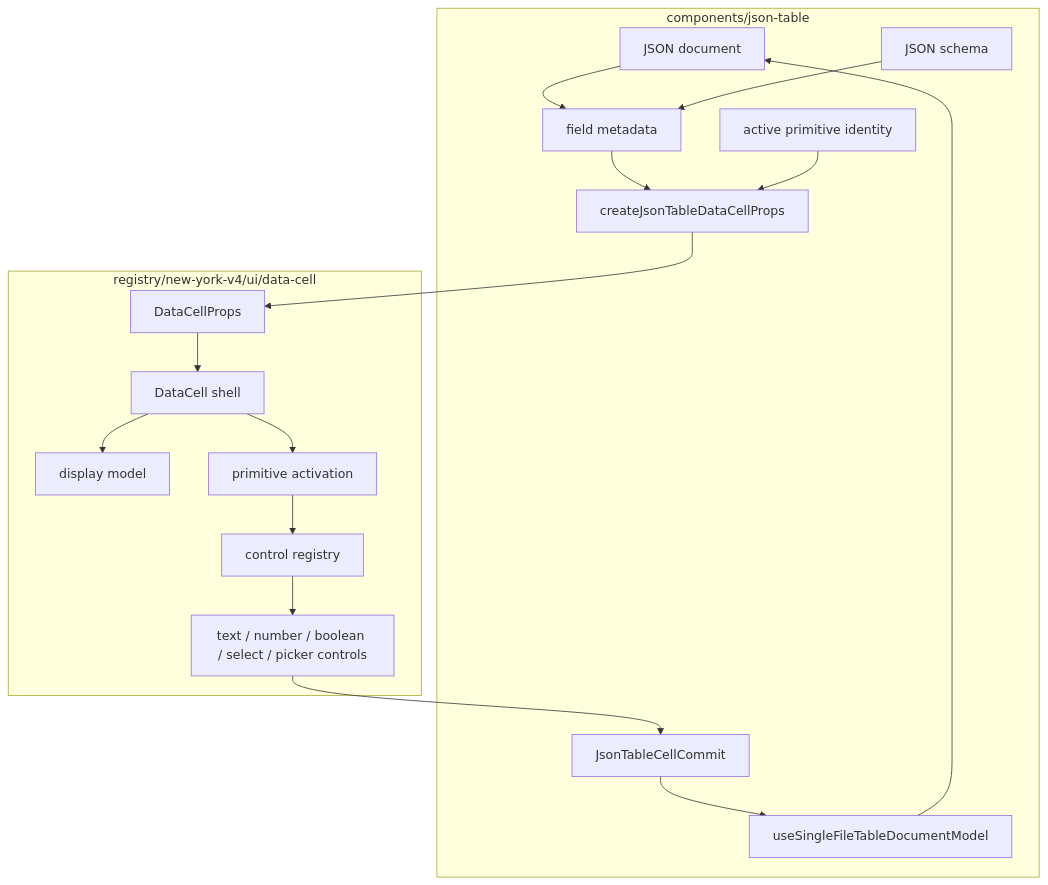
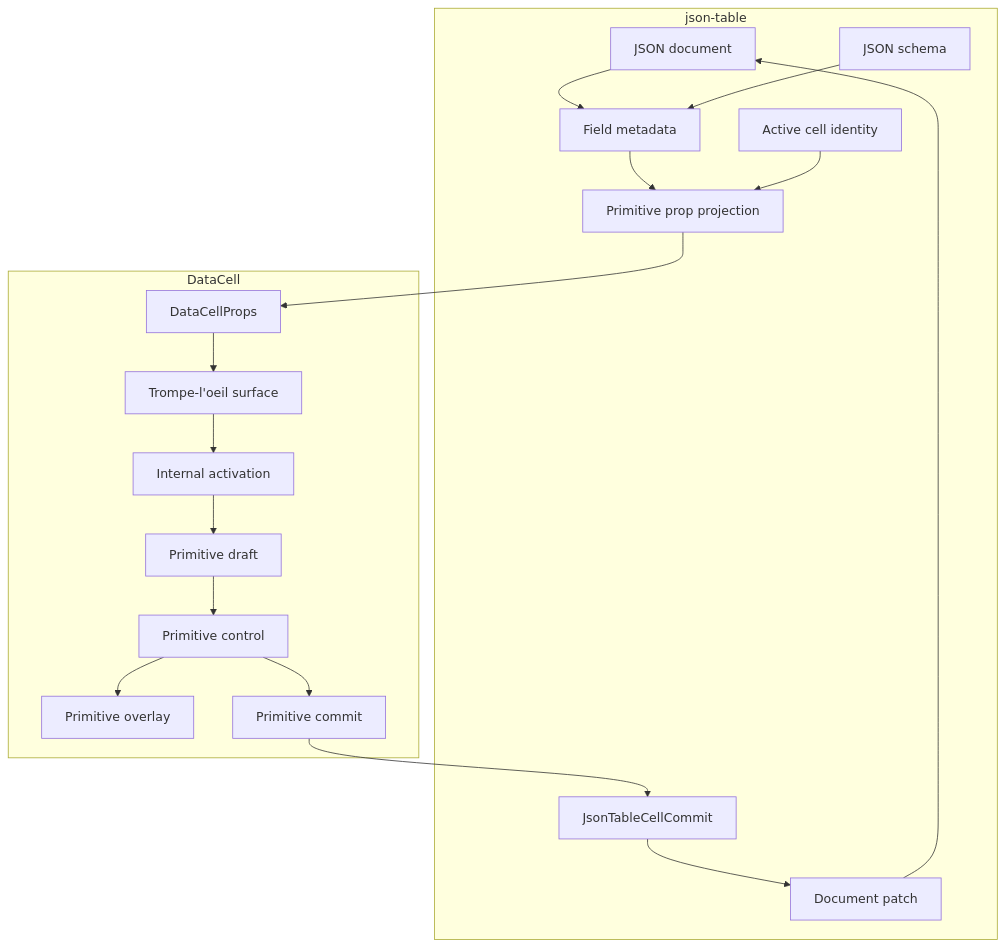
One commit to retab-dev/retab-ui changed the first of 2 diagrams in design/data-cell-json-table-total-primitive-boundary-blueprint.md. Above: the diagram before and after it, drawn with Mermaid. The commit also changed other lines of this file and 277 other files, not shown here.

````diff
--- a/design/data-cell-json-table-total-primitive-boundary-blueprint.md
+++ b/design/data-cell-json-table-total-primitive-boundary-blueprint.md
@@ -78,35 +96,37 @@
 ```mermaid
 flowchart TD
-  subgraph Table["components/json-table"]
+  subgraph Table["json-table"]
     Document["JSON document"]
     Schema["JSON schema"]
-    Metadata["field metadata"]
-    Projection["createJsonTableDataCellProps"]
-    ActiveIdentity["active primitive identity"]
-    Commit["JsonTableCellCommit"]
-    DocumentModel["useSingleFileTableDocumentModel"]
+    Metadata["Field metadata"]
+    Projection["Primitive prop projection"]
+    ActiveIdentity["Active cell identity"]
+    CommitBoundary["JsonTableCellCommit"]
+    Patch["Document patch"]
   end
 
-  subgraph Primitive["registry/new-york-v4/ui/data-cell"]
+  subgraph Primitive["DataCell"]
     Props["DataCellProps"]
-    Shell["DataCell shell"]
-    Display["display model"]
-    Activation["primitive activation"]
-    Registry["control registry"]
-    Controls["text / number / boolean / select / picker controls"]
+    Surface["Trompe-l'oeil surface"]
+    Activation["Internal activation"]
+    Draft["Primitive draft"]
+    Control["Primitive control"]
+    Overlay["Primitive overlay"]
+    Commit["Primitive commit"]
   end
 
   Document --> Metadata
   Schema --> Metadata
   Metadata --> Projection
   ActiveIdentity --> Projection
   Projection --> Props
-  Props --> Shell
-  Shell --> Display
-  Shell --> Activation
-  Activation --> Registry
-  Registry --> Controls
-  Controls --> Commit
-  Commit --> DocumentModel
-  DocumentModel --> Document
+  Props --> Surface
+  Surface --> Activation
+  Activation --> Draft
+  Draft --> Control
+  Control --> Overlay
+  Control --> Commit
+  Commit --> CommitBoundary
+  CommitBoundary --> Patch
+  Patch --> Document
 ```
````
